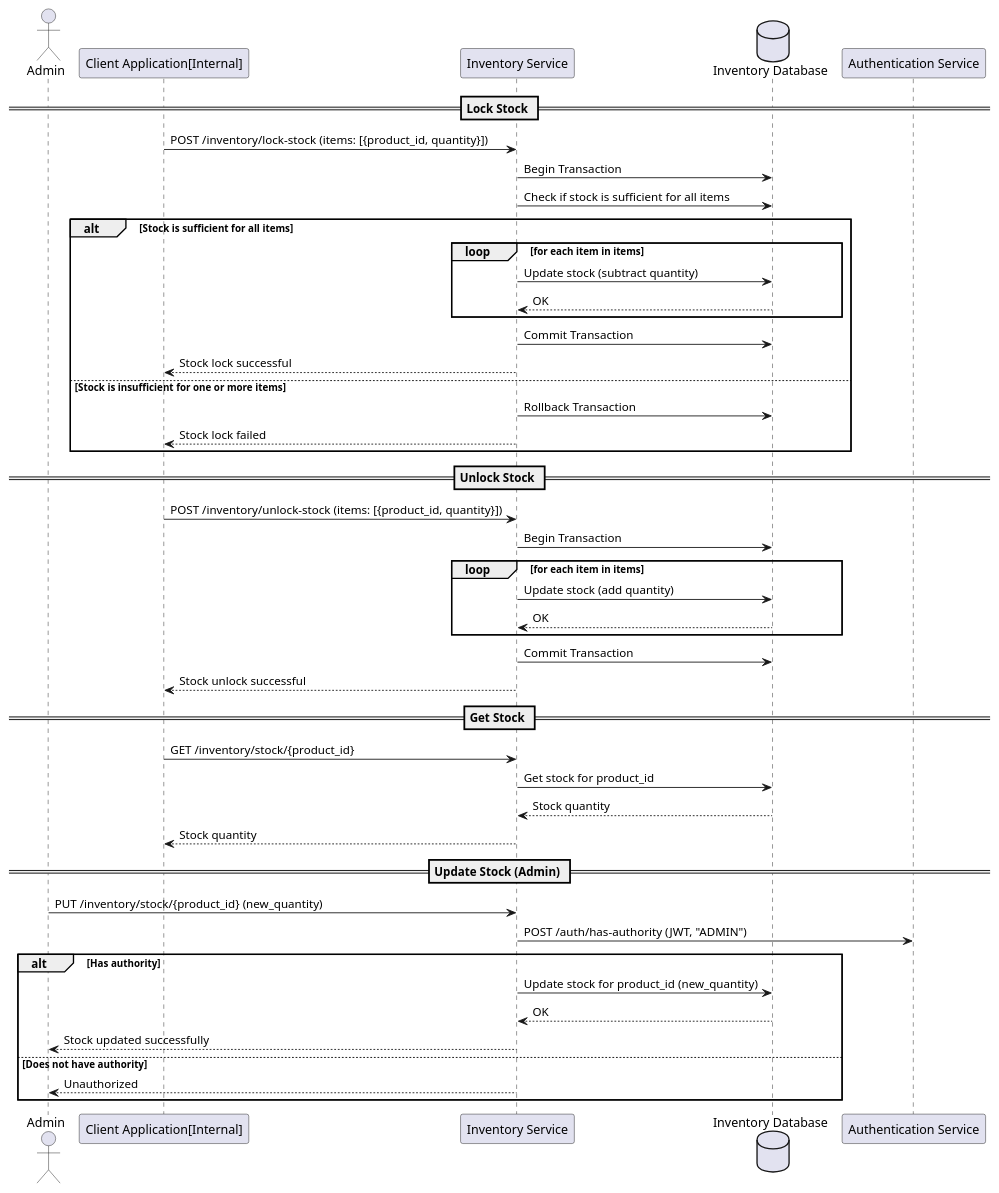
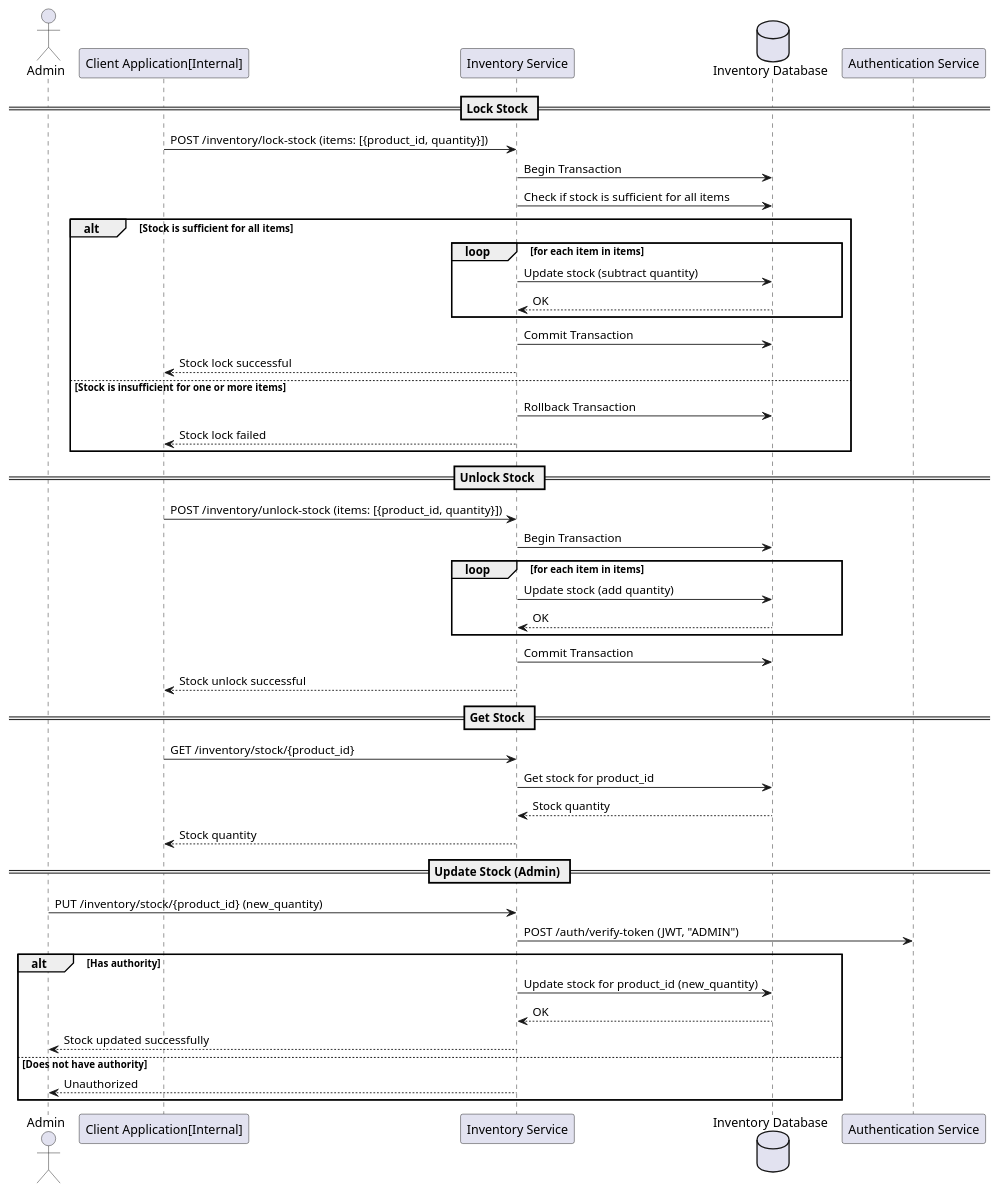
The diagram in docs/plantuml/inventory-flow.puml (sirius1b/e-commerce), drawn with PlantUML before and after one commit.

Commit message:
fix: doc update

```diff
--- a/docs/plantuml/inventory-flow.puml
+++ b/docs/plantuml/inventory-flow.puml
@@ -1,53 +1,53 @@
 @startuml inventory-flow
 actor Admin
 
 participant "Client Application[Internal]" as Client
 participant "Inventory Service" as InventorySvc
 database "Inventory Database" as InventoryDB
 participant "Authentication Service" as AuthService
 
 == Lock Stock ==
 Client -> InventorySvc: POST /inventory/lock-stock (items: [{product_id, quantity}])
 InventorySvc -> InventoryDB: Begin Transaction
 
 InventorySvc -> InventoryDB: Check if stock is sufficient for all items
 alt Stock is sufficient for all items
     loop for each item in items
         InventorySvc -> InventoryDB: Update stock (subtract quantity)
         InventoryDB --> InventorySvc: OK
     end
     InventorySvc -> InventoryDB: Commit Transaction
     InventorySvc --> Client: Stock lock successful
 else Stock is insufficient for one or more items
     InventorySvc -> InventoryDB: Rollback Transaction
     InventorySvc --> Client: Stock lock failed
 end
 
 == Unlock Stock ==
 Client -> InventorySvc: POST /inventory/unlock-stock (items: [{product_id, quantity}])
 InventorySvc -> InventoryDB: Begin Transaction
 loop for each item in items
     InventorySvc -> InventoryDB: Update stock (add quantity)
     InventoryDB --> InventorySvc: OK
 end
 InventorySvc -> InventoryDB: Commit Transaction
 InventorySvc --> Client: Stock unlock successful
 
 == Get Stock ==
 Client -> InventorySvc: GET /inventory/stock/{product_id}
 InventorySvc -> InventoryDB: Get stock for product_id
 InventoryDB --> InventorySvc: Stock quantity
 InventorySvc --> Client: Stock quantity
 
 == Update Stock (Admin) ==
 
 Admin -> InventorySvc: PUT /inventory/stock/{product_id} (new_quantity)
-InventorySvc-> AuthService: POST /auth/has-authority (JWT, "ADMIN")
+InventorySvc-> AuthService: POST /auth/verify-token (JWT, "ADMIN")
 alt Has authority
 InventorySvc -> InventoryDB: Update stock for product_id (new_quantity)
 InventoryDB --> InventorySvc: OK
 InventorySvc --> Admin: Stock updated successfully
 else Does not have authority
 InventorySvc --> Admin: Unauthorized
 end
 @enduml
```
